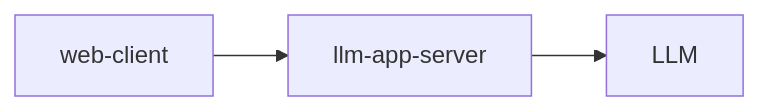
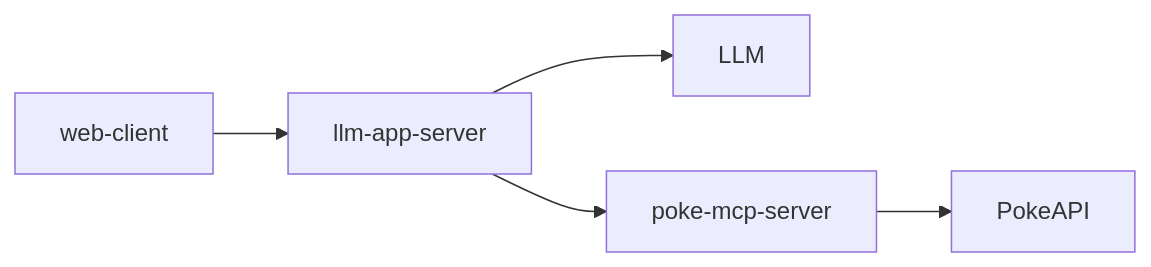
Before and after one commit to okmethod/trial-llm-app: the diagram in README.md, drawn with Mermaid. The commit also changed other lines of this file, not shown here.

Commit message:
:memo: add poke-mcp-server on readme

````diff
--- a/README.md
+++ b/README.md
@@ -18,9 +19,13 @@
 ```mermaid
 graph LR;
     CL[web-client]
     AP[llm-app-server]
     LLM[LLM]
+    MCP[poke-mcp-server]
+    POKEAPI[PokeAPI]
 
     CL --> AP
     AP --> LLM
+    AP --> MCP
+    MCP --> POKEAPI
 ```
````
